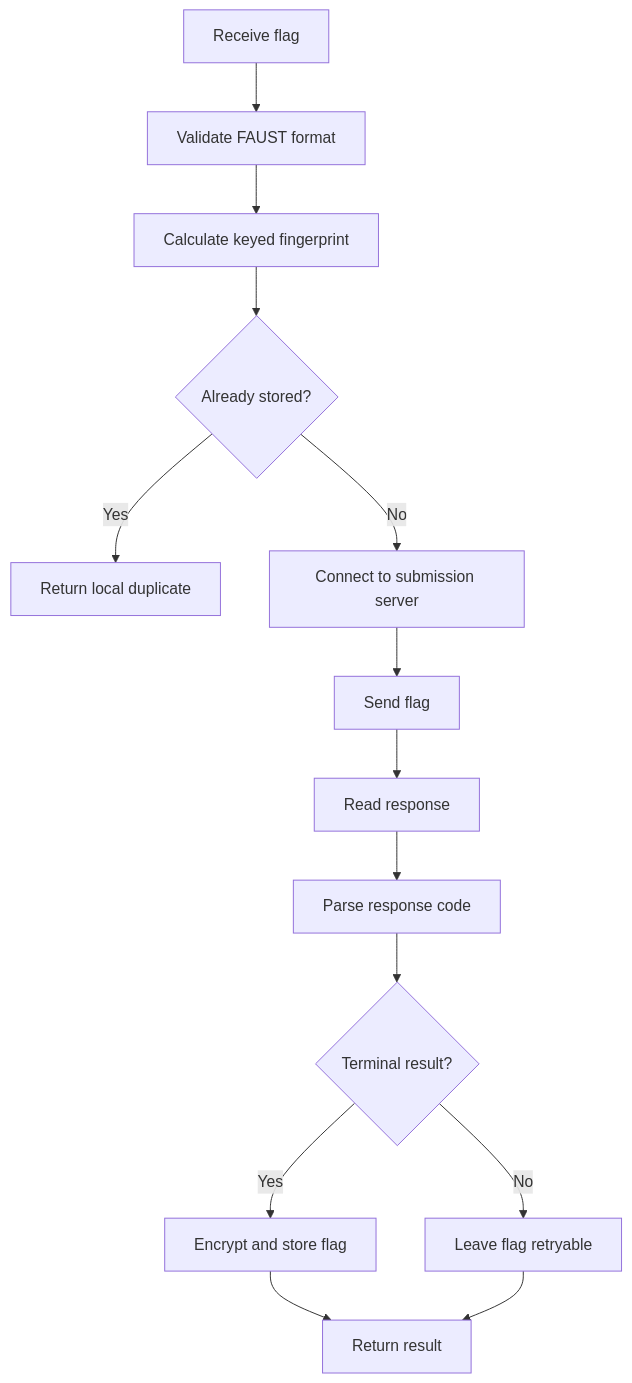
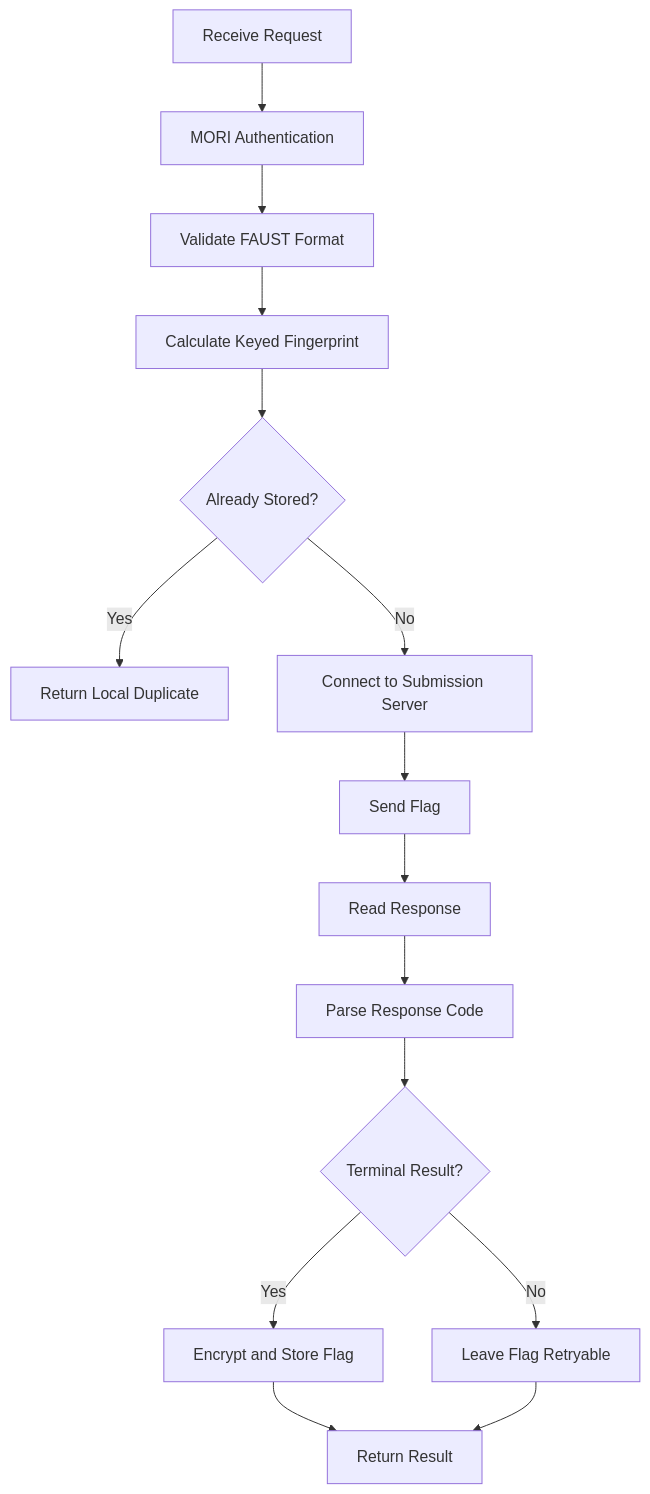
One commit to Denis-Krueger-labs/MOTH changed the sixth of 14 diagrams in README.md. Above: the diagram before and after it, drawn with Mermaid. The commit also changed other lines of this file, not shown here.

Commit message:
mori redacted the floor plan

````diff
--- a/README.md
+++ b/README.md
@@ -228,21 +377,22 @@
 ```mermaid
 flowchart TD
-    A[Receive flag] --> B[Validate FAUST format]
-    B --> C[Calculate keyed fingerprint]
-    C --> D{Already stored?}
+    A[Receive Request] --> B[MORI Authentication]
+    B --> C[Validate FAUST Format]
+    C --> D[Calculate Keyed Fingerprint]
+    D --> E{Already Stored?}
 
-    D -->|Yes| E[Return local duplicate]
+    E -->|Yes| F[Return Local Duplicate]
 
-    D -->|No| F[Connect to submission server]
-    F --> G[Send flag]
-    G --> H[Read response]
-    H --> I[Parse response code]
+    E -->|No| G[Connect to Submission Server]
+    G --> H[Send Flag]
+    H --> I[Read Response]
+    I --> J[Parse Response Code]
 
-    I --> J{Terminal result?}
+    J --> K{Terminal Result?}
 
-    J -->|Yes| K[Encrypt and store flag]
-    J -->|No| L[Leave flag retryable]
+    K -->|Yes| L[Encrypt and Store Flag]
+    K -->|No| M[Leave Flag Retryable]
 
-    K --> M[Return result]
-    L --> M
+    L --> N[Return Result]
+    M --> N
 ```
````
